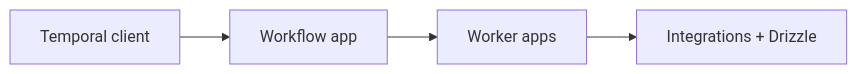
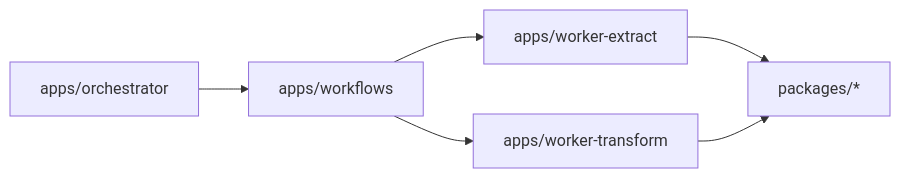
The diagram in lode/summary.md (dxta-dev/pipeline), drawn with Mermaid before and after one commit. The commit also changed other lines of this file and 5 other files, not shown here.

````diff
--- a/lode/summary.md
+++ b/lode/summary.md
@@ -37,6 +39,8 @@
 ```mermaid
 flowchart LR
-  client[Temporal client] --> workflows[Workflow app]
-  workflows --> workers[Worker apps]
-  workers --> integrations[Integrations + Drizzle]
+  orchestrator[apps/orchestrator] --> workflows[apps/workflows]
+  workflows --> workerExtract[apps/worker-extract]
+  workflows --> workerTransform[apps/worker-transform]
+  workerExtract --> packages[packages/*]
+  workerTransform --> packages
 ```
````
